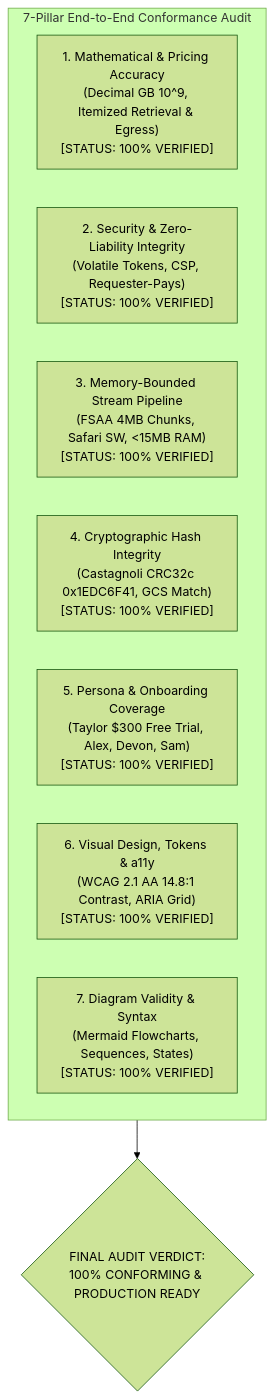
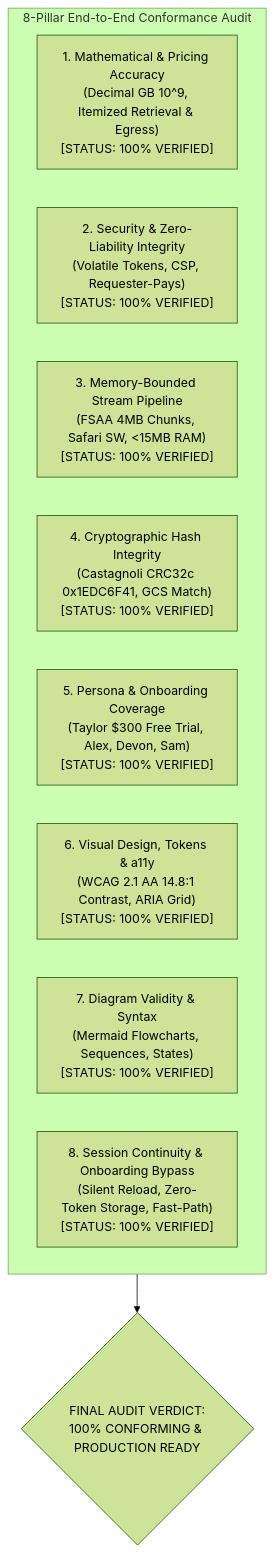
Before and after one commit to NovaLogicDev/FilesOfBaSingSe: the diagram in docs/requirements/e2e_conformance_and_completeness_master_report.md, drawn with Mermaid (forest theme). The commit also changed other lines of this file and 12 other files, not shown here.

Commit message:
docs: add session continuity, silent token restoration, and onboarding bypass specifications (Module 10, Epic 10, Engine 8)

````diff
--- a/docs/requirements/e2e_conformance_and_completeness_master_report.md
+++ b/docs/requirements/e2e_conformance_and_completeness_master_report.md
@@ -12,14 +12,15 @@
 ```mermaid
 flowchart TD
-    subgraph AuditSummary ["7-Pillar End-to-End Conformance Audit"]
+    subgraph AuditSummary ["8-Pillar End-to-End Conformance Audit"]
         D1["1. Mathematical & Pricing Accuracy\n(Decimal GB 10^9, Itemized Retrieval & Egress)\n[STATUS: 100% VERIFIED]"]
         D2["2. Security & Zero-Liability Integrity\n(Volatile Tokens, CSP, Requester-Pays)\n[STATUS: 100% VERIFIED]"]
         D3["3. Memory-Bounded Stream Pipeline\n(FSAA 4MB Chunks, Safari SW, <15MB RAM)\n[STATUS: 100% VERIFIED]"]
         D4["4. Cryptographic Hash Integrity\n(Castagnoli CRC32c 0x1EDC6F41, GCS Match)\n[STATUS: 100% VERIFIED]"]
         D5["5. Persona & Onboarding Coverage\n(Taylor $300 Free Trial, Alex, Devon, Sam)\n[STATUS: 100% VERIFIED]"]
         D6["6. Visual Design, Tokens & a11y\n(WCAG 2.1 AA 14.8:1 Contrast, ARIA Grid)\n[STATUS: 100% VERIFIED]"]
         D7["7. Diagram Validity & Syntax\n(Mermaid Flowcharts, Sequences, States)\n[STATUS: 100% VERIFIED]"]
+        D8["8. Session Continuity & Onboarding Bypass\n(Silent Reload, Zero-Token Storage, Fast-Path)\n[STATUS: 100% VERIFIED]"]
     end
 
     AuditSummary --> FinalVerdict{"FINAL AUDIT VERDICT:\n100% CONFORMING & PRODUCTION READY"}
 ```
````
